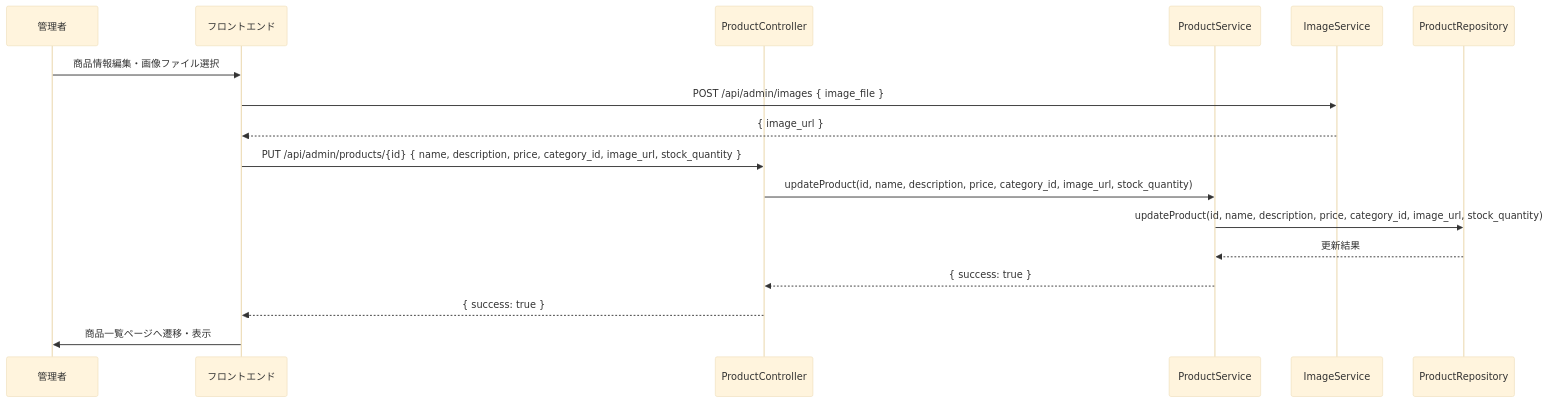
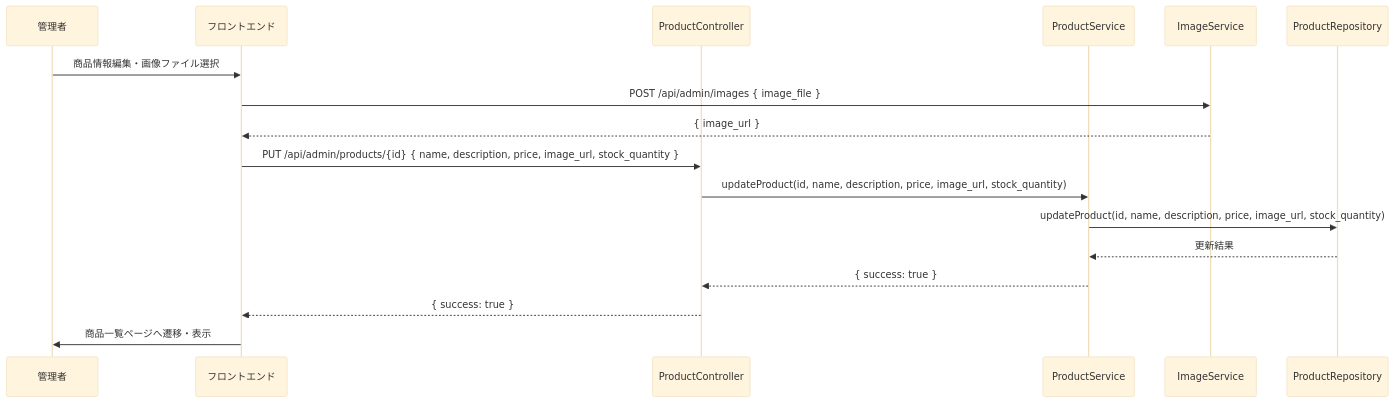
Diagram 25 of 37 in 詳細設計/担当B_村田/3.2 機能詳細.md (Aoi-Yaegashi/teamF), drawn with Mermaid (base theme) before and after one commit. The commit also changed other lines of this file and 1 other file, not shown here.

```diff
--- a/詳細設計/担当B_村田/3.2 機能詳細.md
+++ b/詳細設計/担当B_村田/3.2 機能詳細.md
@@ -998,38 +984,38 @@
    <div class="mermaid">
    sequenceDiagram
     participant Admin as 管理者
     participant FE as フロントエンド
     participant ProdC as ProductController
     participant ProdS as ProductService
     participant ImgS as ImageService
     participant ProdRepo as ProductRepository
 
     %% 1. 管理者が商品編集画面で情報編集・画像選択
     Admin->>FE: 商品情報編集・画像ファイル選択
 
     %% 2. フロントエンドが画像ファイルをAPI経由でアップロード（新規画像の場合）
     FE->>ImgS: POST /api/admin/images { image_file }
     ImgS-->>FE: { image_url }
 
     %% 3. フロントエンドが商品編集APIを呼び出し
-    FE->>ProdC: PUT /api/admin/products/{id} { name, description, price, category_id, image_url, stock_quantity }
+    FE->>ProdC: PUT /api/admin/products/{id} { name, description, price, image_url, stock_quantity }
 
     %% 4. コントローラがサービスに処理を依頼
-    ProdC->>ProdS: updateProduct(id, name, description, price, category_id, image_url, stock_quantity)
+    ProdC->>ProdS: updateProduct(id, name, description, price, image_url, stock_quantity)
 
     %% 5. サービスがバリデーション実施（必須・形式・数値・画像URL等）
     %% （バリデーションエラー時は早期リターン）
 
     %% 6. サービスが商品データをリポジトリ経由でDB更新
-    ProdS->>ProdRepo: updateProduct(id, name, description, price, category_id, image_url, stock_quantity)
+    ProdS->>ProdRepo: updateProduct(id, name, description, price, image_url, stock_quantity)
     ProdRepo-->>ProdS: 更新結果
 
     %% 7. サービスがコントローラに返却
     ProdS-->>ProdC: { success: true }
 
     %% 8. コントローラがフロントエンドに返却
     ProdC-->>FE: { success: true }
 
     %% 9. フロントエンドが商品一覧ページへ遷移
     FE->>Admin: 商品一覧ページへ遷移・表示
 </div>
```
